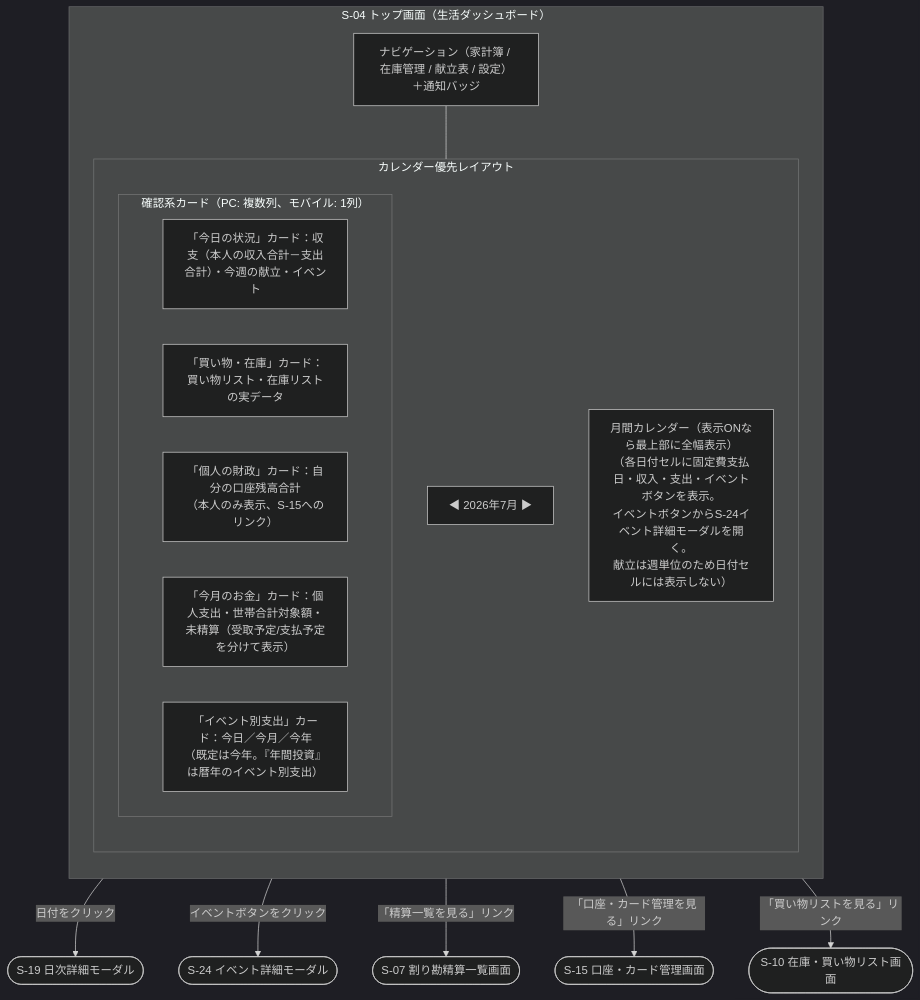
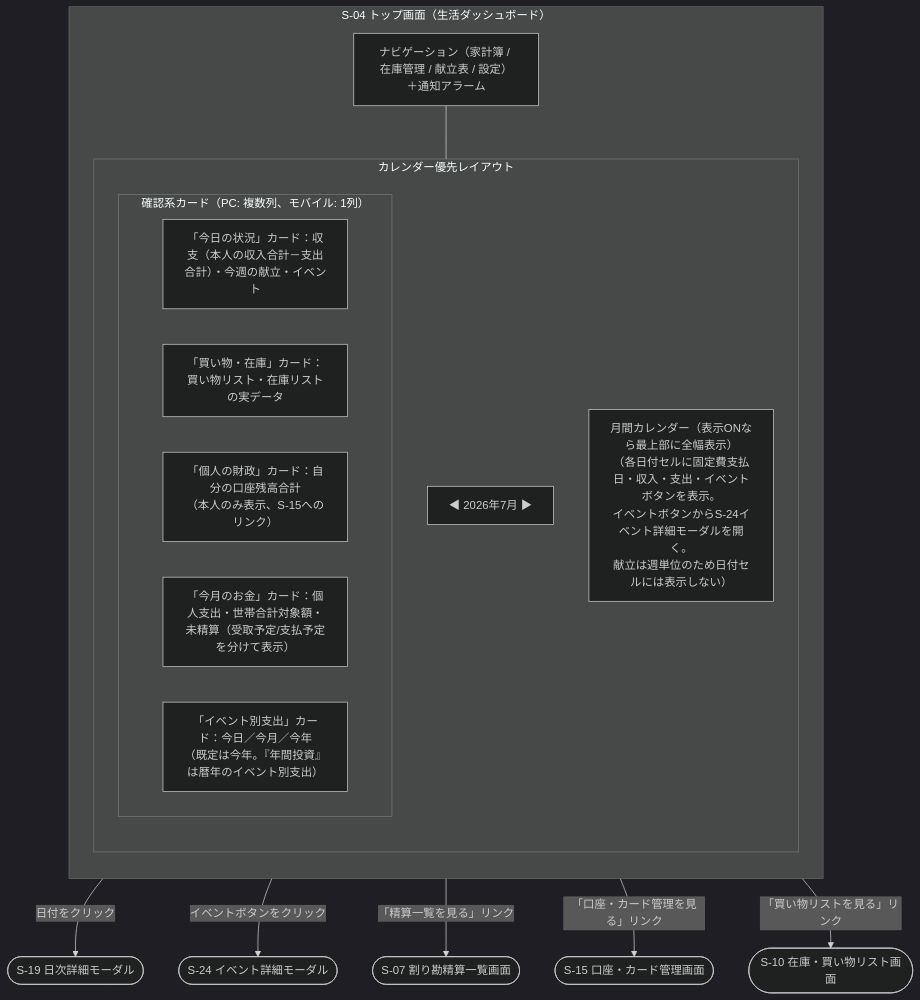
Before and after one commit to yamamotonaoki3/HomeLog: the fourth of 20 diagrams in docs/details/wireframes.md, drawn with Mermaid (dark theme). The commit also changed other lines of this file and 13 other files, not shown here.

````diff
--- a/docs/details/wireframes.md
+++ b/docs/details/wireframes.md
@@ -170,26 +170,26 @@
 ```mermaid
 flowchart TD
     subgraph Screen["S-04 トップ画面（生活ダッシュボード）"]
         direction TB
-        Nav["ナビゲーション（家計簿 / 在庫管理 / 献立表 / 設定）＋通知バッジ"]
+        Nav["ナビゲーション（家計簿 / 在庫管理 / 献立表 / 設定）＋通知アラーム"]
         subgraph Layout["カレンダー優先レイアウト"]
             direction TB
             Header["◀ 2026年7月 ▶"]
             Calendar["月間カレンダー（表示ONなら最上部に全幅表示）\n（各日付セルに固定費支払日・収入・支出・イベントボタンを表示。\nイベントボタンからS-24イベント詳細モーダルを開く。\n献立は週単位のため日付セルには表示しない）"]
             subgraph SummaryCards["確認系カード（PC: 複数列、モバイル: 1列）"]
                 direction LR
                 Today["「今日の状況」カード：収支（本人の収入合計－支出合計）・今週の献立・イベント"]
                 Stock["「買い物・在庫」カード：買い物リスト・在庫リストの実データ"]
                 Finance["「個人の財政」カード：自分の口座残高合計\n（本人のみ表示、S-15へのリンク）"]
                 Money["「今月のお金」カード：個人支出・世帯合計対象額・\n未精算（受取予定/支払予定を分けて表示）"]
                 EventExpenses["「イベント別支出」カード：今日／今月／今年\n（既定は今年。『年間投資』は暦年のイベント別支出）"]
             end
         end
     end
     Nav --- Layout
     Calendar -- 日付をクリック --> DayModal(["S-19 日次詳細モーダル"])
     Calendar -- イベントボタンをクリック --> EventModal(["S-24 イベント詳細モーダル"])
     Money -- 「精算一覧を見る」リンク --> S07(["S-07 割り勘精算一覧画面"])
     Finance -- 「口座・カード管理を見る」リンク --> S15(["S-15 口座・カード管理画面"])
     Stock -- 「買い物リストを見る」リンク --> S10(["S-10 在庫・買い物リスト画面"])
 ```
````
